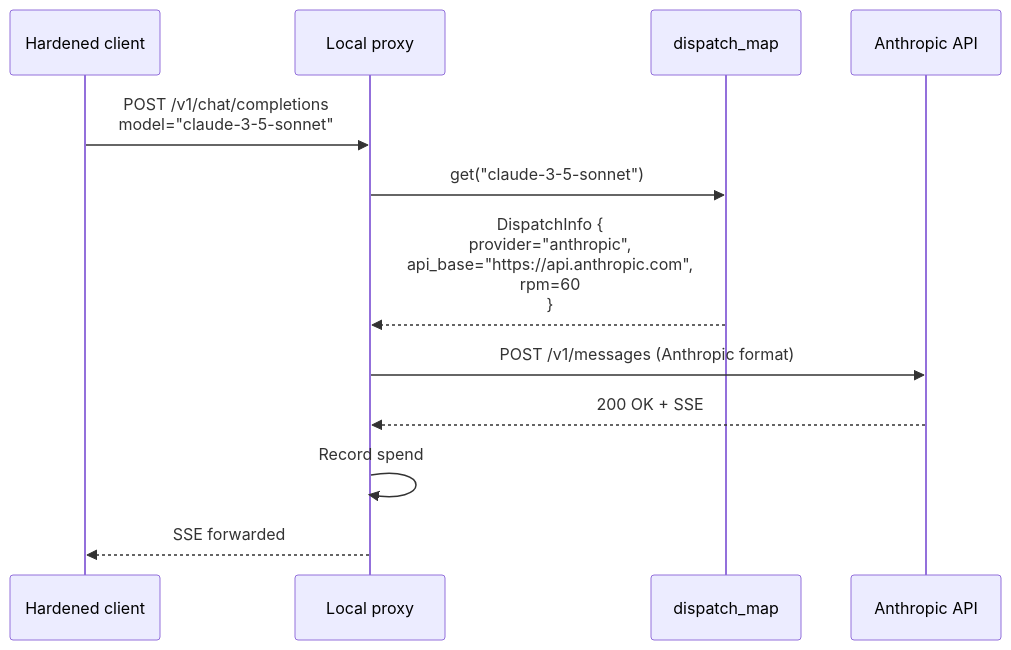
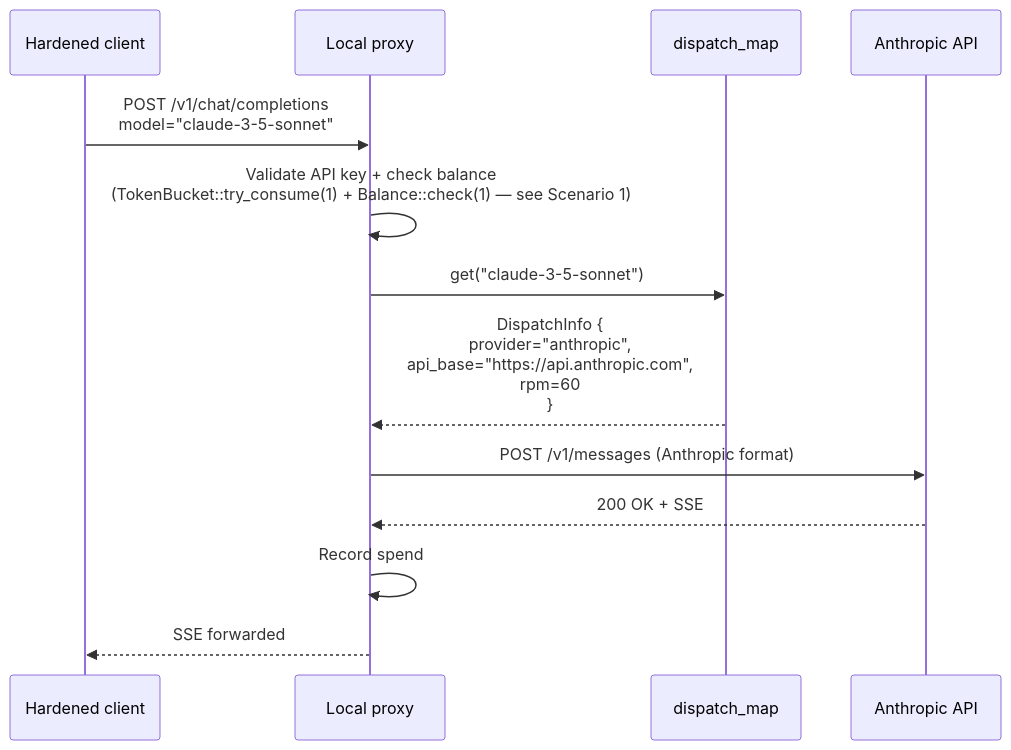
The second of 14 diagrams in docs/architecture/end-to-end-scenarios.md (CipherOcto/cipherocto), drawn with Mermaid before and after one commit. The commit also changed other lines of this file, not shown here.

````diff
--- a/docs/architecture/end-to-end-scenarios.md
+++ b/docs/architecture/end-to-end-scenarios.md
@@ -118,15 +118,16 @@
 ```mermaid
 sequenceDiagram
     participant C as Hardened client
     participant P as Local proxy
     participant D as dispatch_map
     participant ANT as Anthropic API
 
     C->>P: POST /v1/chat/completions<br/>model="claude-3-5-sonnet"
+    P->>P: Validate API key + check balance<br/>(TokenBucket::try_consume(1) + Balance::check(1) — see Scenario 1)
     P->>D: get("claude-3-5-sonnet")
     D-->>P: DispatchInfo {<br/>  provider="anthropic",<br/>  api_base="https://api.anthropic.com",<br/>  rpm=60<br/>}
     P->>ANT: POST /v1/messages (Anthropic format)
     ANT-->>P: 200 OK + SSE
     P->>P: Record spend
     P-->>C: SSE forwarded
 ```
````
